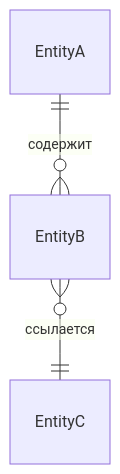
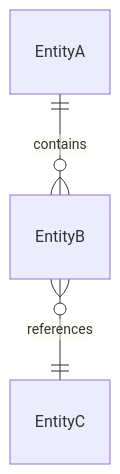
The first of 2 diagrams in resources/abstract_template.md (anishchenko-anton/ai-skill-sdd-agent), drawn with Mermaid before and after one commit. The commit also changed other lines of this file and 23 other files, not shown here.

Commit message:
feat(sdd-agent): codify architecture-first standards, lazy-loading protocols, and reset feedback log

````diff
--- a/resources/abstract_template.md
+++ b/resources/abstract_template.md
@@ -31,5 +31,5 @@
 ```mermaid
 erDiagram
-    EntityA ||--o{ EntityB : "содержит"
-    EntityB }o--|| EntityC : "ссылается"
+    EntityA ||--o{ EntityB : "contains"
+    EntityB }o--|| EntityC : "references"
 ```
````
